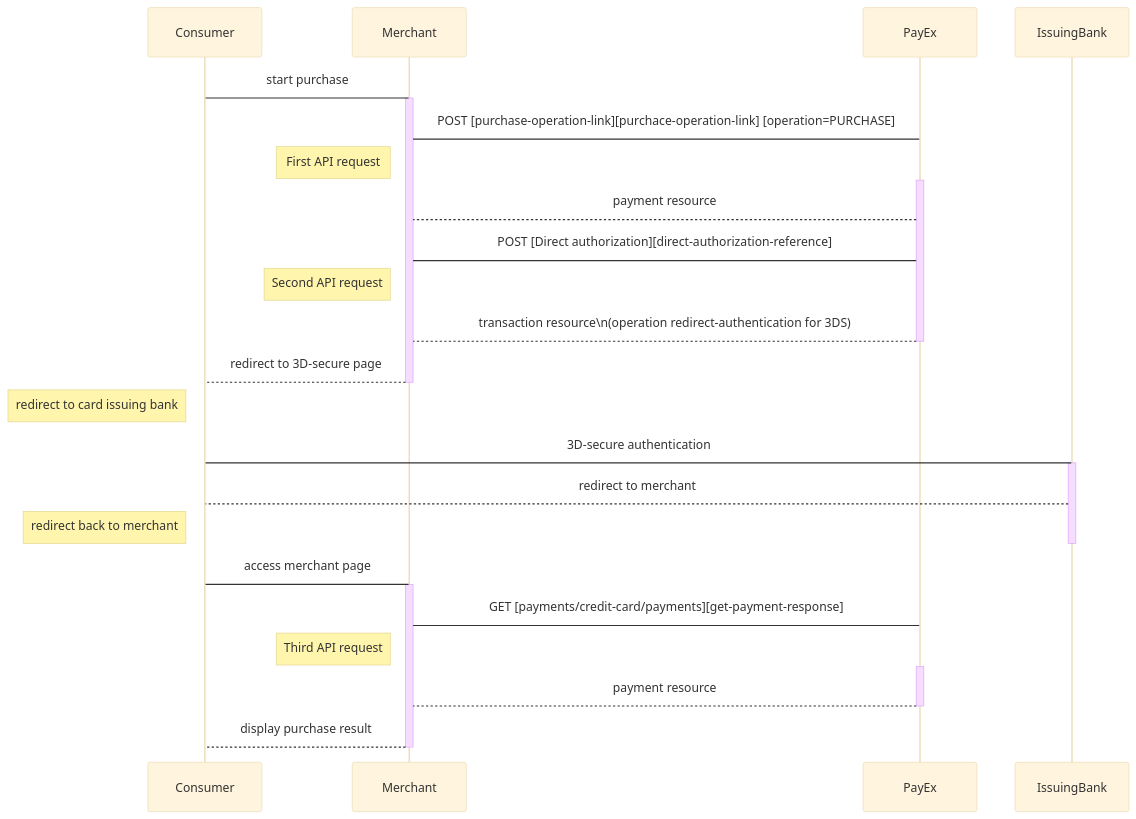
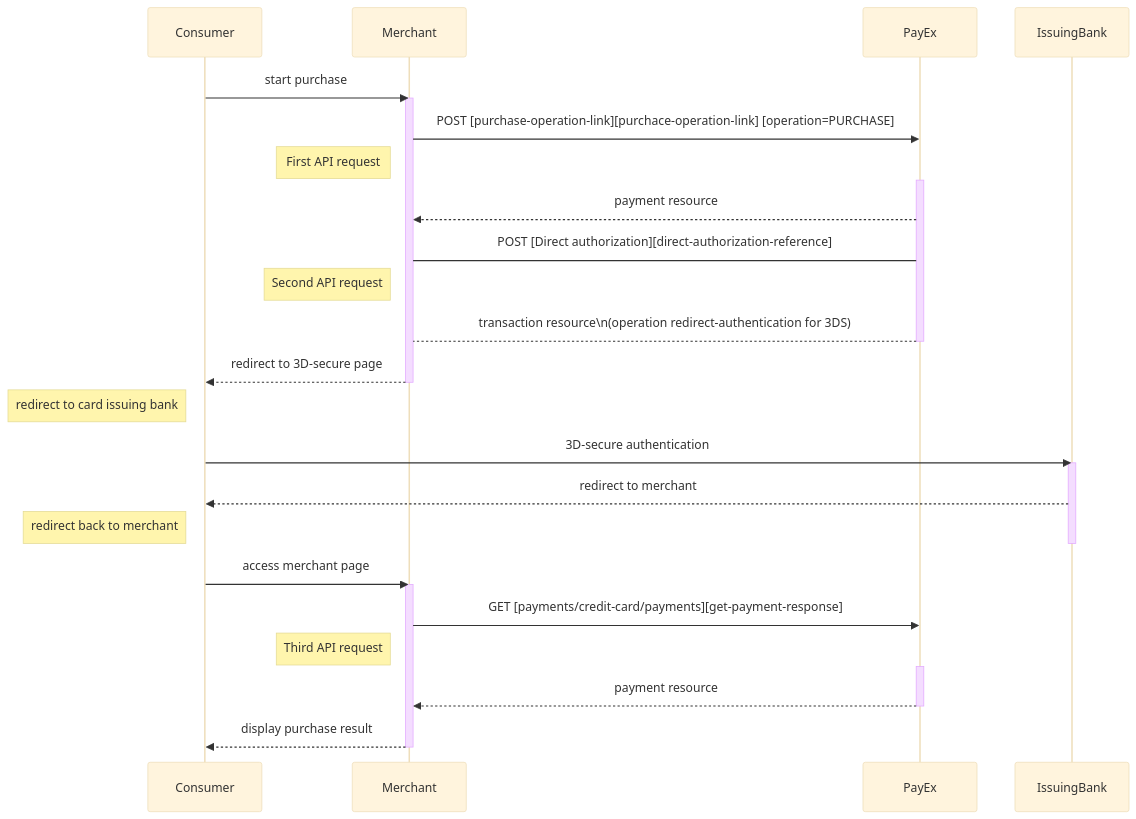
Before and after one commit to SwedbankPay/developer.swedbankpay.com: the second of 2 diagrams in payments/credit-card/direct.md, drawn with Mermaid (base theme). The commit also changed other lines of this file and 4 other files, not shown here.

Commit message:
DX-266 Reorganizing credit-card section. Fixing typos, links, tables and diagrams. Adding finalize to after-payment.

````diff
--- a/payments/credit-card/direct.md
+++ b/payments/credit-card/direct.md
@@ -88,34 +88,34 @@
 ```mermaid
 sequenceDiagram
-  Consumer->Merchant: start purchase
+  Consumer->>Merchant: start purchase
   activate Merchant
-  Merchant->PayEx: POST [purchase-operation-link][purchace-operation-link] [operation=PURCHASE]
+  Merchant->>PayEx: POST [purchase-operation-link][purchace-operation-link] [operation=PURCHASE]
   note left of Merchant: First API request
   activate PayEx
-  PayEx-->Merchant: payment resource
+  PayEx-->>Merchant: payment resource
 
   Merchant -> PayEx: POST [Direct authorization][direct-authorization-reference]
   note left of Merchant: Second API request
   PayEx --> Merchant: transaction resource\n(operation redirect-authentication for 3DS)
 
   deactivate PayEx
-  Merchant-->Consumer: redirect to 3D-secure page
+  Merchant-->>Consumer: redirect to 3D-secure page
   deactivate Merchant
   
   note left of Consumer: redirect to card issuing bank
-  Consumer -> IssuingBank: 3D-secure authentication
+  Consumer ->> IssuingBank: 3D-secure authentication
   activate IssuingBank
-  IssuingBank-->Consumer: redirect to merchant
+  IssuingBank-->>Consumer: redirect to merchant
   note left of Consumer: redirect back to merchant
   deactivate IssuingBank
   
-  Consumer->Merchant: access merchant page
+  Consumer->>Merchant: access merchant page
   activate Merchant
-  Merchant->PayEx: GET [payments/credit-card/payments][get-payment-response]
+  Merchant->>PayEx: GET [payments/credit-card/payments][get-payment-response]
   note left of Merchant: Third API request
   activate PayEx
-  PayEx-->Merchant: payment resource
+  PayEx-->>Merchant: payment resource
   deactivate PayEx
-  Merchant-->Consumer: display purchase result
+  Merchant-->>Consumer: display purchase result
   deactivate Merchant
 ```
````
